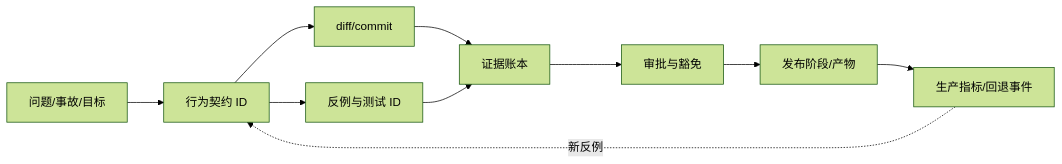
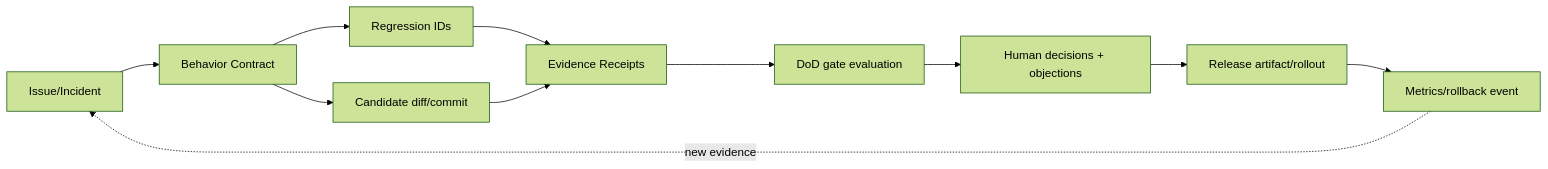
Before and after one commit to ZhangHanDong/coreutils: the second of 2 diagrams in book/src/part4/ch12-change-package.md, drawn with Mermaid (forest theme). The commit also changed other lines of this file, not shown here.

````diff
--- a/book/src/part4/ch12-change-package.md
+++ b/book/src/part4/ch12-change-package.md
@@ -47,12 +84,13 @@
 ```mermaid
 flowchart LR
-    I["问题/事故/目标"] --> C["行为契约 ID"]
-    C --> T["反例与测试 ID"]
-    C --> D["diff/commit"]
-    D --> E["证据账本"]
-    T --> E
-    E --> A["审批与豁免"]
-    A --> R["发布阶段/产物"]
-    R --> M["生产指标/回退事件"]
-    M -. "新反例" .-> C
+    I["Issue/Incident"] --> C["Behavior Contract"]
+    C --> D["Candidate diff/commit"]
+    C --> T["Regression IDs"]
+    T --> E["Evidence Receipts"]
+    D --> E
+    E --> G["DoD gate evaluation"]
+    G --> H["Human decisions + objections"]
+    H --> R["Release artifact/rollout"]
+    R --> M["Metrics/rollback event"]
+    M -. "new evidence" .-> I
 ```
````
